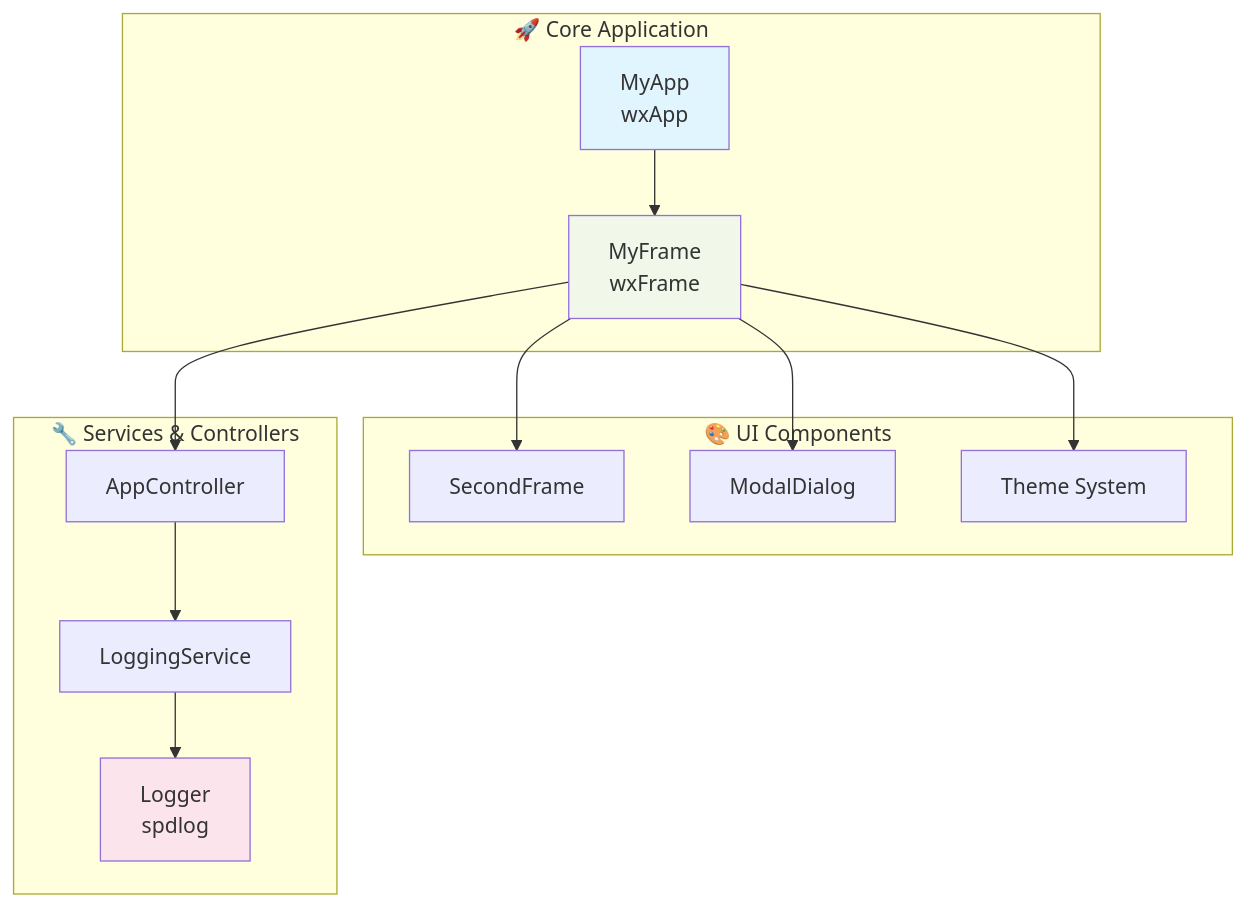
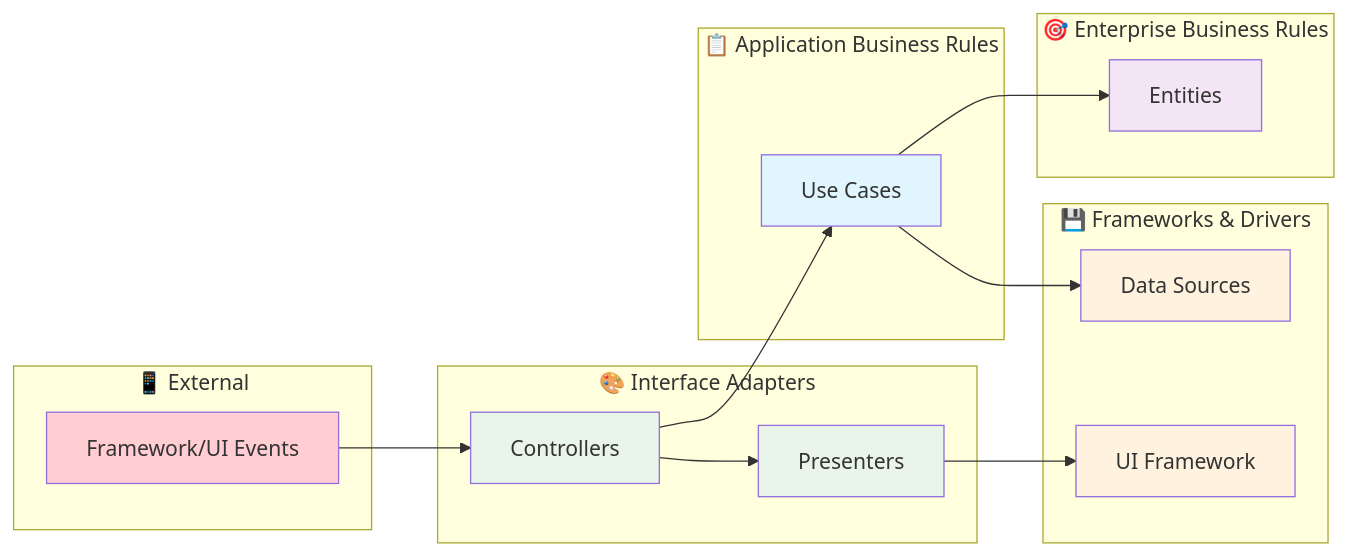
Before and after one commit to jhg45-ua/SignaturePro: the fourth of 4 diagrams in docs/DOCUMENTACION_COMPLETA.md, drawn with Mermaid. The commit also changed other lines of this file and 31 other files, not shown here.

````diff
--- a/docs/DOCUMENTACION_COMPLETA.md
+++ b/docs/DOCUMENTACION_COMPLETA.md
@@ -16,22 +506,43 @@
 ```mermaid
-graph TB
-    subgraph "🚀 Core Application"
-        A[MyApp<br/>wxApp] --> B[MyFrame<br/>wxFrame]
+graph LR
+    subgraph "📱 External"
+        EXT[Framework/UI Events]
     end
     
-    subgraph "🎨 UI Components"
-        B --> C[SecondFrame]
-        B --> D[ModalDialog]
-        B --> E[Theme System]
+    subgraph "🎨 Interface Adapters"
+        CTRL[Controllers]
+        PRES[Presenters]
     end
     
-    subgraph "🔧 Services & Controllers"
-        B --> F[AppController]
-        F --> G[LoggingService]
-        G --> H[Logger<br/>spdlog]
+    subgraph "📋 Application Business Rules"
+        UC[Use Cases]
     end
     
-    style A fill:#e1f5fe
-    style B fill:#f1f8e9
-    style H fill:#fce4ec
+    subgraph "🎯 Enterprise Business Rules"
+        ENT[Entities]
+    end
+    
+    subgraph "💾 Frameworks & Drivers"
+        DB[Data Sources]
+        UI[UI Framework]
+    end
+    
+    EXT --> CTRL
+    CTRL --> UC
+    UC --> ENT
+    CTRL --> PRES
+    PRES --> UI
+    UC --> DB
+    
+    classDef external fill:#ffcdd2
+    classDef adapters fill:#e8f5e8
+    classDef application fill:#e1f5fe
+    classDef enterprise fill:#f3e5f5
+    classDef frameworks fill:#fff3e0
+    
+    class EXT external
+    class CTRL,PRES adapters
+    class UC application
+    class ENT enterprise
+    class DB,UI frameworks
 ```
````
